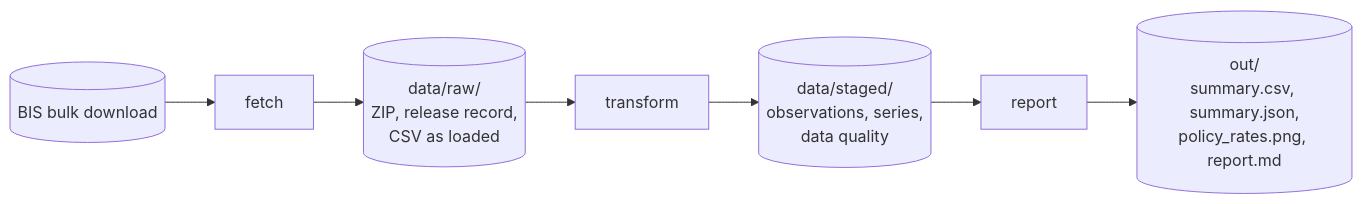
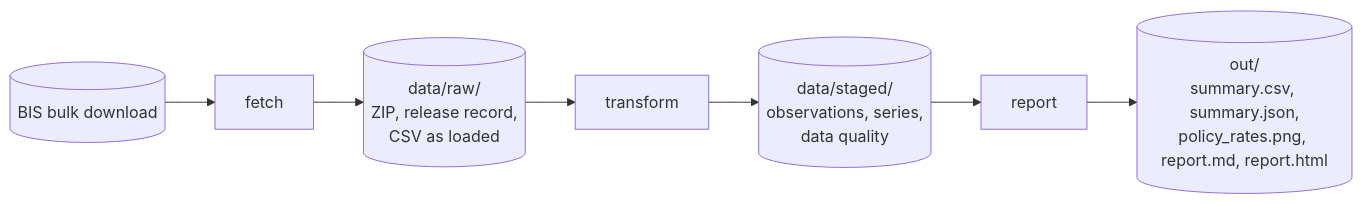
The first of 3 diagrams in docs/architecture.md (andrea-dm/policy-rate-monitor), drawn with Mermaid before and after one commit. The commit also changed other lines of this file and 12 other files, not shown here.

Commit message:
docs: the html report, its decision record and the five output files

````diff
--- a/docs/architecture.md
+++ b/docs/architecture.md
@@ -12,12 +12,12 @@
 ```mermaid
 flowchart LR
     bis[("BIS bulk download")]
     fetch["fetch"]
     transform["transform"]
     report["report"]
     raw[("data/raw/<br/>ZIP, release record,<br/>CSV as loaded")]
     staged[("data/staged/<br/>observations, series,<br/>data quality")]
-    out[("out/<br/>summary.csv, summary.json,<br/>policy_rates.png, report.md")]
+    out[("out/<br/>summary.csv, summary.json,<br/>policy_rates.png, report.md, report.html")]
 
     bis --> fetch --> raw --> transform --> staged --> report --> out
 ```
````
